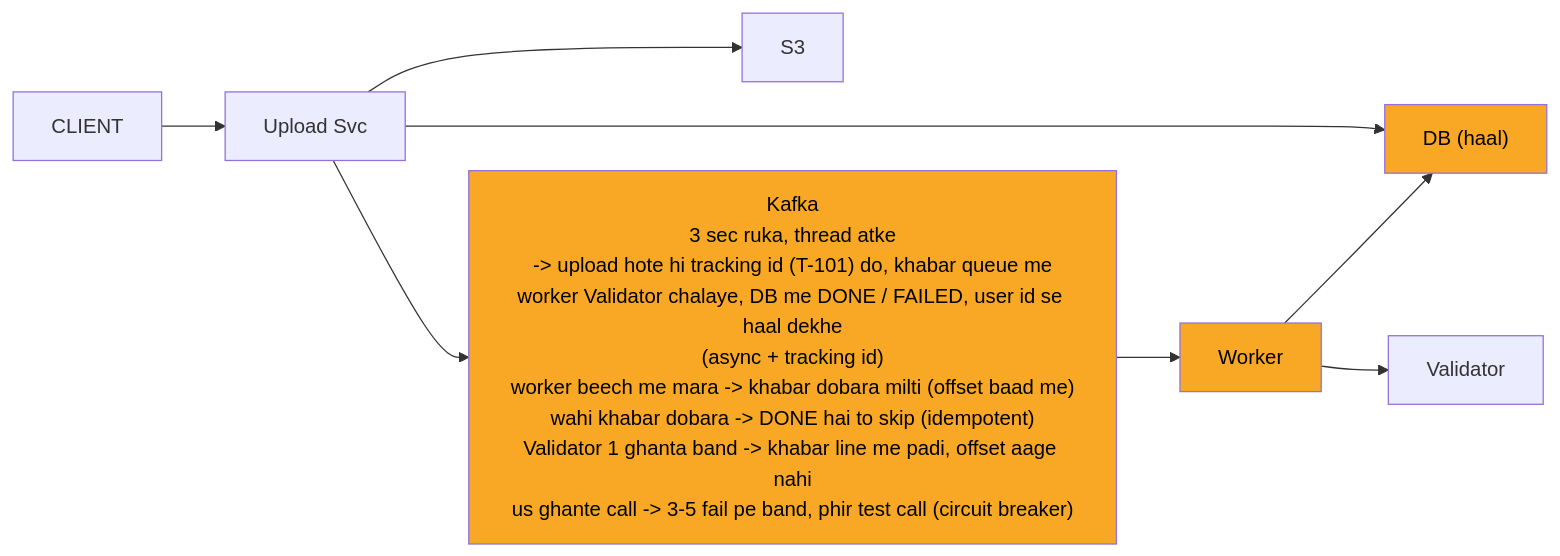
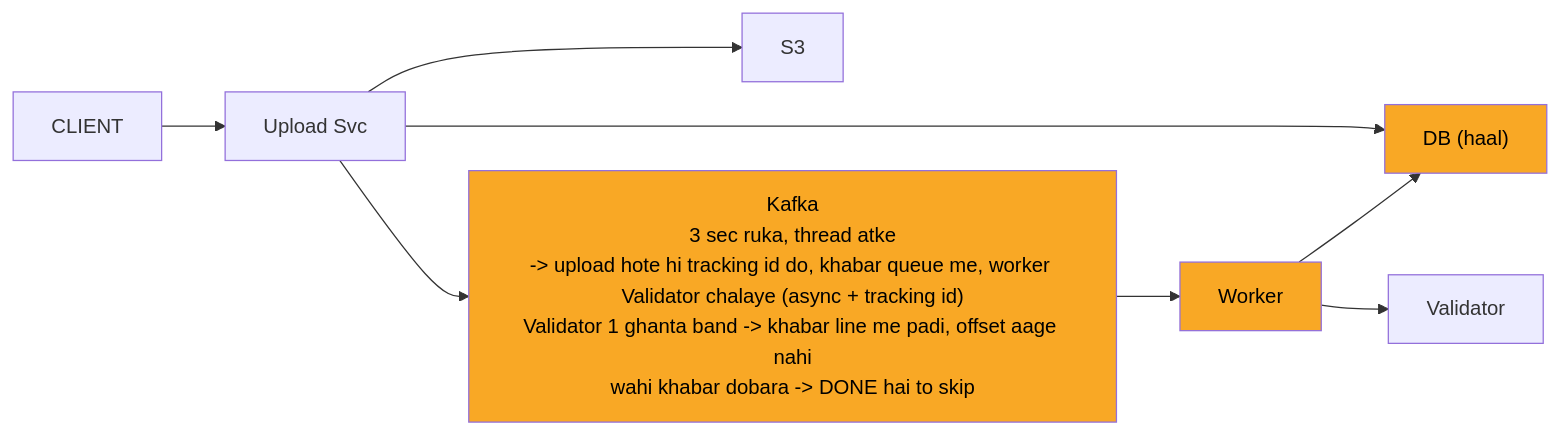
One commit to ArpanMaheshwari144/Prep changed the diagram in 04_HLD/SYSTEM_DESIGNS/07_file_upload_validate_system/img/c1.mmd. Above: the diagram before and after it, drawn with Mermaid. The commit also changed 38 other files, not shown here.

```diff
--- a/04_HLD/SYSTEM_DESIGNS/07_file_upload_validate_system/img/c1.mmd
+++ b/04_HLD/SYSTEM_DESIGNS/07_file_upload_validate_system/img/c1.mmd
@@ -1,19 +1,19 @@
 %%{init: {"flowchart": {"wrappingWidth": 450}}}%%
 flowchart LR
     n_CLIENT["CLIENT"]
     n_Upload_Svc["Upload Svc"]
     n_DB["DB (haal)"]
     n_S3["S3"]
-    n_Kafka["Kafka<br/>3 sec ruka, thread atke<br/>-> upload hote hi tracking id (T-101) do, khabar queue me<br/>worker Validator chalaye, DB me DONE / FAILED, user id se haal dekhe<br/>(async + tracking id)<br/>worker beech me mara -> khabar dobara milti (offset baad me)<br/>wahi khabar dobara -> DONE hai to skip (idempotent)<br/>Validator 1 ghanta band -> khabar line me padi, offset aage nahi<br/>us ghante call -> 3-5 fail pe band, phir test call (circuit breaker)"]
+    n_Kafka["Kafka<br/>3 sec ruka, thread atke<br/>-> upload hote hi tracking id do, khabar queue me, worker Validator chalaye (async + tracking id)<br/>Validator 1 ghanta band -> khabar line me padi, offset aage nahi<br/>wahi khabar dobara -> DONE hai to skip"]
     n_Worker["Worker"]
     n_Validator["Validator"]
     n_CLIENT --> n_Upload_Svc
     n_Upload_Svc --> n_DB
     n_Upload_Svc --> n_S3
     n_Upload_Svc --> n_Kafka
     n_Kafka --> n_Worker
     n_Worker --> n_Validator
     n_Worker --> n_DB
     style n_Kafka fill:#f9a825,color:#000
     style n_Worker fill:#f9a825,color:#000
     style n_DB fill:#f9a825,color:#000
```
